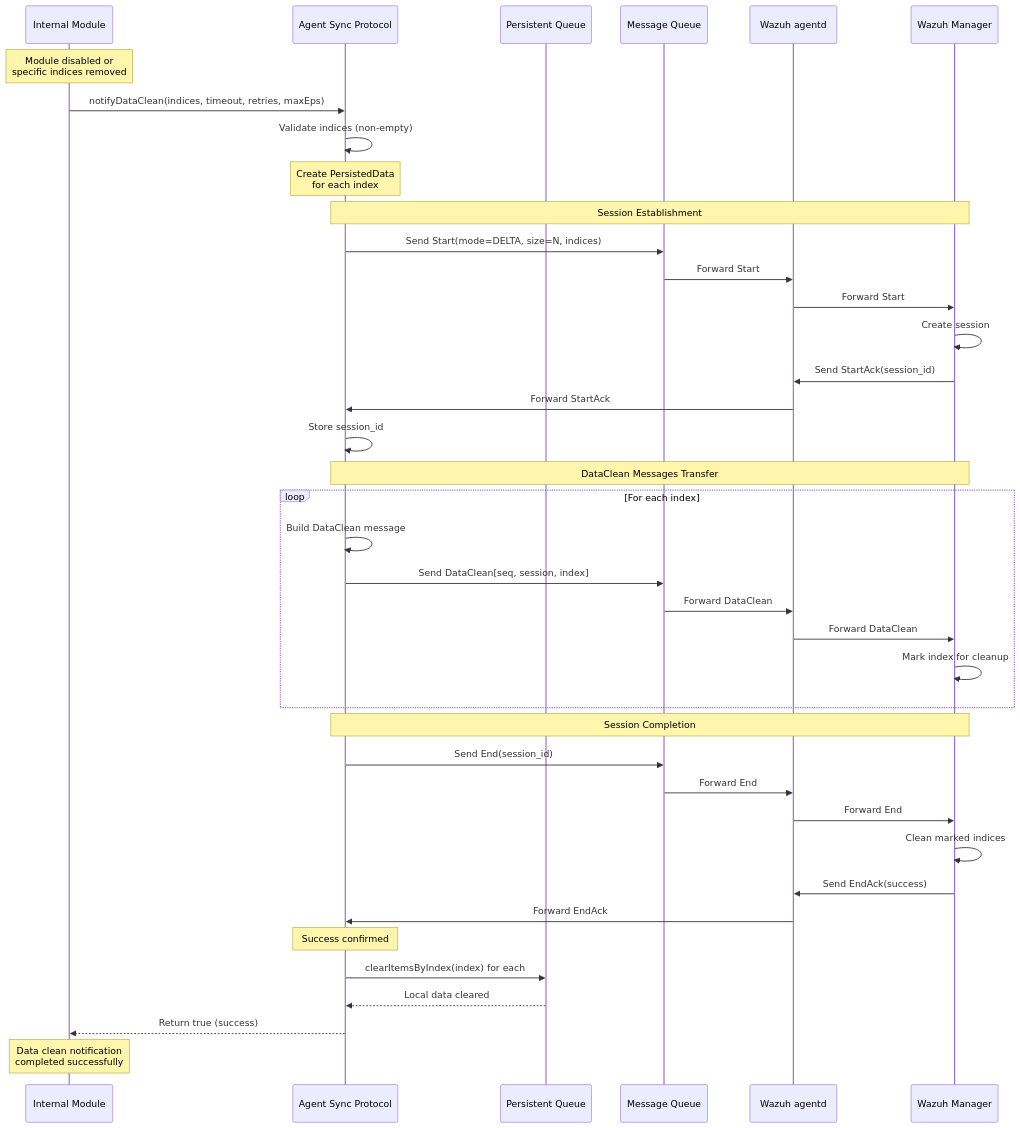
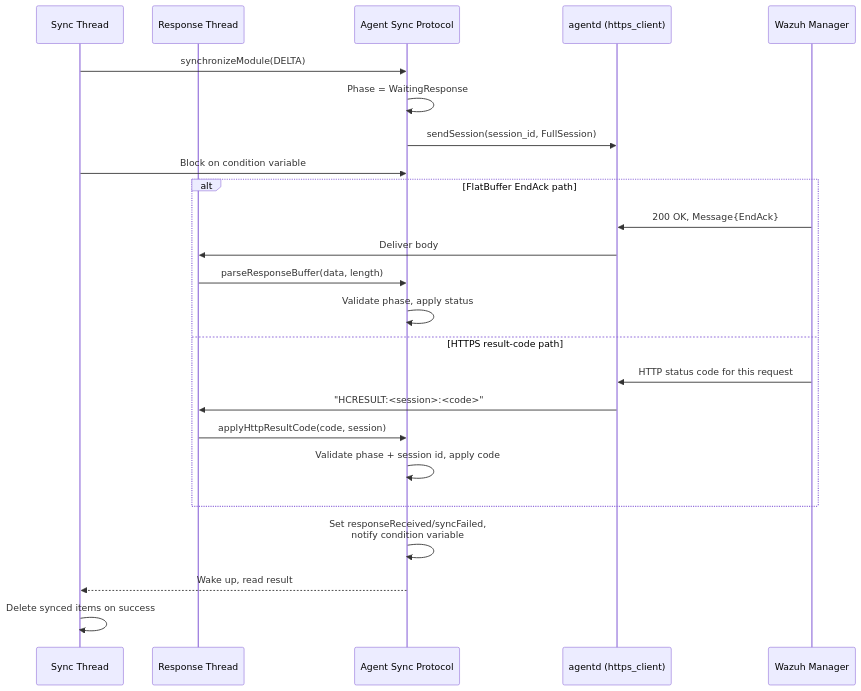
Diagram 12 of 12 in docs/ref/modules/utils/sync-protocol/sequence-diagrams.md (wazuh/wazuh), drawn with Mermaid before and after one commit. The commit also changed other lines of this file and 9 other files, not shown here.

Commit message:
refactor(sync-protocol): fold FullSession's four payload vectors into one union

````diff
--- a/docs/ref/modules/utils/sync-protocol/sequence-diagrams.md
+++ b/docs/ref/modules/utils/sync-protocol/sequence-diagrams.md
@@ -472,51 +295,29 @@
 ```mermaid
 sequenceDiagram
-    participant Module as Internal Module
+    participant SyncThread as Sync Thread
+    participant ResponseThread as Response Thread
     participant ASP as Agent Sync Protocol
-    participant Queue as Persistent Queue
-    participant MQ as Message Queue
-    participant AD as Wazuh agentd
+    participant AD as agentd (https_client)
     participant Manager as Wazuh Manager
 
-    Note over Module: Module disabled or<br/>specific indices removed
+    SyncThread->>ASP: synchronizeModule(DELTA)
+    ASP->>ASP: Phase = WaitingResponse
+    ASP->>AD: sendSession(session_id, FullSession)
+    SyncThread->>ASP: Block on condition variable
 
-    Module->>ASP: notifyDataClean(indices, timeout, retries, maxEps)
-    ASP->>ASP: Validate indices (non-empty)
-
-    Note over ASP: Create PersistedData<br/>for each index
-
-    Note over ASP,Manager: Session Establishment
-    ASP->>MQ: Send Start(mode=DELTA, size=N, indices)
-    MQ->>AD: Forward Start
-    AD->>Manager: Forward Start
-    Manager->>Manager: Create session
-    Manager->>AD: Send StartAck(session_id)
-    AD->>ASP: Forward StartAck
-    ASP->>ASP: Store session_id
-
-    Note over ASP,Manager: DataClean Messages Transfer
-    loop For each index
-        ASP->>ASP: Build DataClean message
-        ASP->>MQ: Send DataClean[seq, session, index]
-        MQ->>AD: Forward DataClean
-        AD->>Manager: Forward DataClean
-        Manager->>Manager: Mark index for cleanup
+    alt FlatBuffer EndAck path
+        Manager->>AD: 200 OK, Message{EndAck}
+        AD->>ResponseThread: Deliver body
+        ResponseThread->>ASP: parseResponseBuffer(data, length)
+        ASP->>ASP: Validate phase, apply status
+    else HTTPS result-code path
+        Manager->>AD: HTTP status code for this request
+        AD->>ResponseThread: "HCRESULT:<session>:<code>"
+        ResponseThread->>ASP: applyHttpResultCode(code, session)
+        ASP->>ASP: Validate phase + session id, apply code
     end
 
-    Note over ASP,Manager: Session Completion
-    ASP->>MQ: Send End(session_id)
-    MQ->>AD: Forward End
-    AD->>Manager: Forward End
-    Manager->>Manager: Clean marked indices
-    Manager->>AD: Send EndAck(success)
-    AD->>ASP: Forward EndAck
-
-    Note over ASP: Success confirmed
-
-    ASP->>Queue: clearItemsByIndex(index) for each
-    Queue-->>ASP: Local data cleared
-
-    ASP-->>Module: Return true (success)
-
-    Note over Module: Data clean notification<br/>completed successfully
+    ASP->>ASP: Set responseReceived/syncFailed,<br/>notify condition variable
+    ASP-->>SyncThread: Wake up, read result
+    SyncThread->>SyncThread: Delete synced items on success
 ```
````
